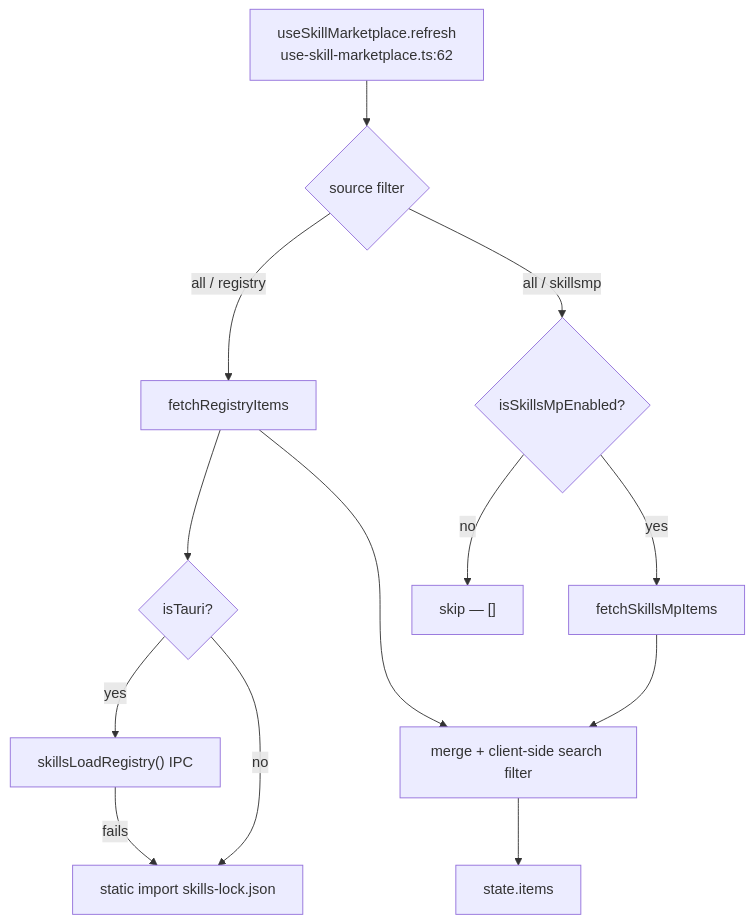
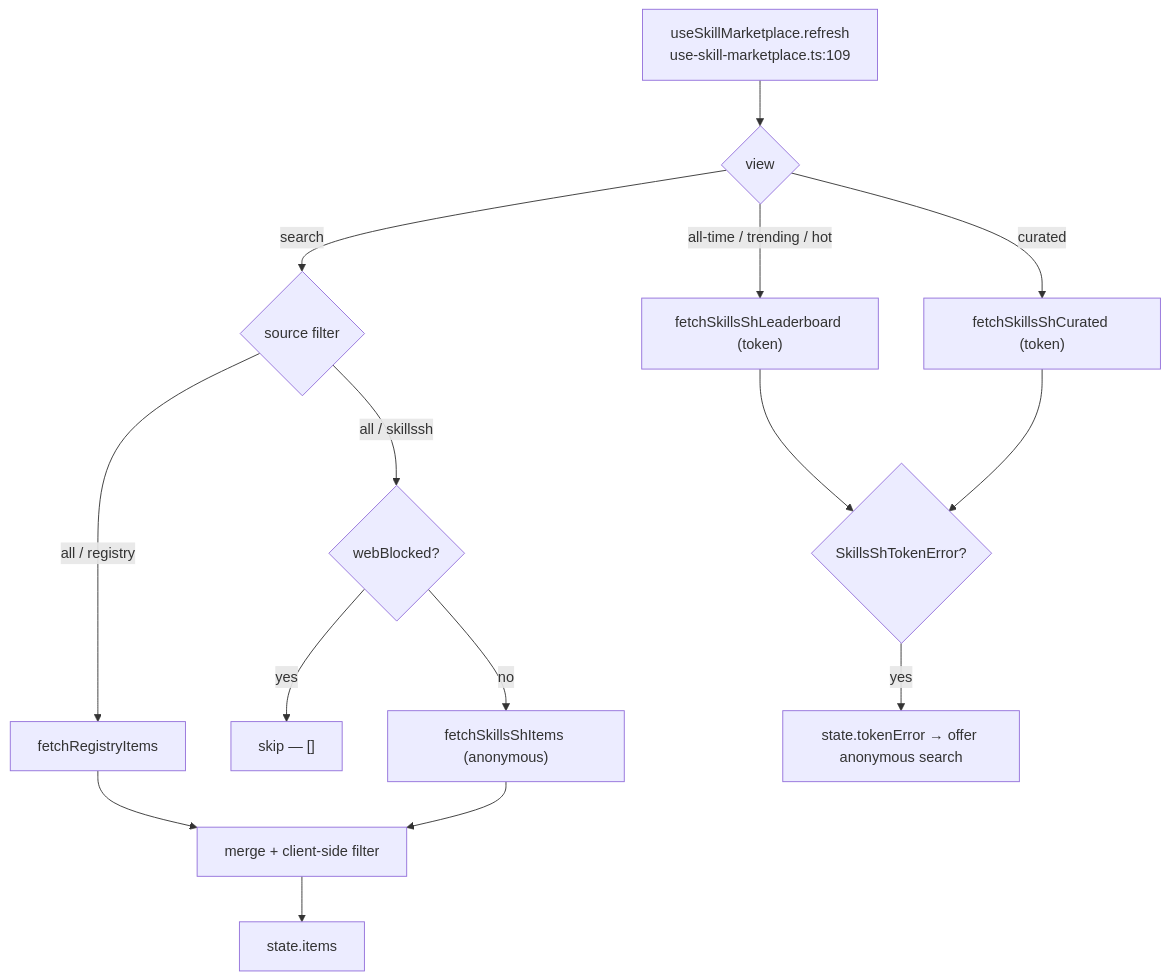
Before and after one commit to MaxQian888/cognia-next: the third of 3 diagrams in docs/content/docs/en/subsystems/skills/marketplace.mdx, drawn with Mermaid. The commit also changed other lines of this file and 11 other files, not shown here.

First line of the commit message:
docs(skills): rewrite marketplace docs for skills.sh + branch-coverage tests

````diff
--- a/docs/content/docs/en/subsystems/skills/marketplace.mdx
+++ b/docs/content/docs/en/subsystems/skills/marketplace.mdx
@@ -190,15 +312,17 @@
 ```mermaid
 flowchart TD
-  REF["useSkillMarketplace.refresh<br/>use-skill-marketplace.ts:62"] --> WANT{"source filter"}
-  WANT -- "all / registry" --> REG["fetchRegistryItems"]
-  WANT -- "all / skillsmp" --> MPEN{"isSkillsMpEnabled?"}
-  MPEN -- no --> SKIP["skip — []"]
-  MPEN -- yes --> MP["fetchSkillsMpItems"]
-  REG --> RT{"isTauri?"}
-  RT -- yes --> IPC["skillsLoadRegistry() IPC"]
-  IPC -- "fails" --> STATIC["static import skills-lock.json"]
-  RT -- no --> STATIC
-  REG --> MERGE["merge + client-side search filter"]
-  MP --> MERGE
+  REF["useSkillMarketplace.refresh<br/>use-skill-marketplace.ts:109"] --> VIEW{"view"}
+  VIEW -- "all-time / trending / hot" --> LB["fetchSkillsShLeaderboard (token)"]
+  VIEW -- "curated" --> CUR["fetchSkillsShCurated (token)"]
+  VIEW -- "search" --> SRC{"source filter"}
+  SRC -- "all / registry" --> REG["fetchRegistryItems"]
+  SRC -- "all / skillssh" --> WB{"webBlocked?"}
+  WB -- yes --> SKIP["skip — []"]
+  WB -- no --> SH["fetchSkillsShItems (anonymous)"]
+  REG --> MERGE["merge + client-side filter"]
+  SH --> MERGE
+  LB --> TOK{"SkillsShTokenError?"}
+  CUR --> TOK
+  TOK -- yes --> TE["state.tokenError → offer anonymous search"]
   MERGE --> ITEMS["state.items"]
 ```
````
